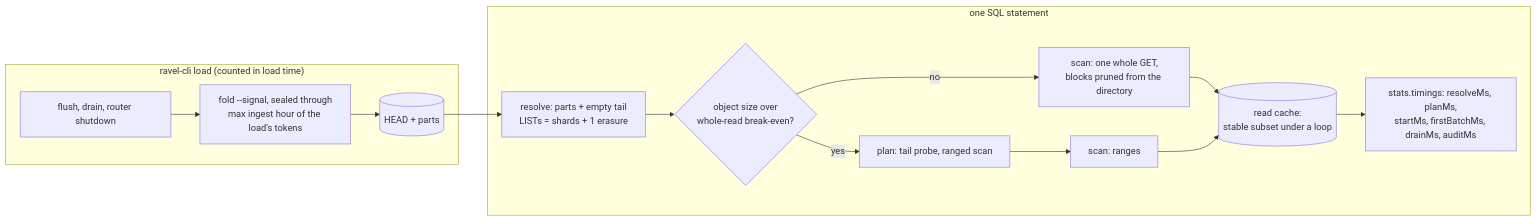
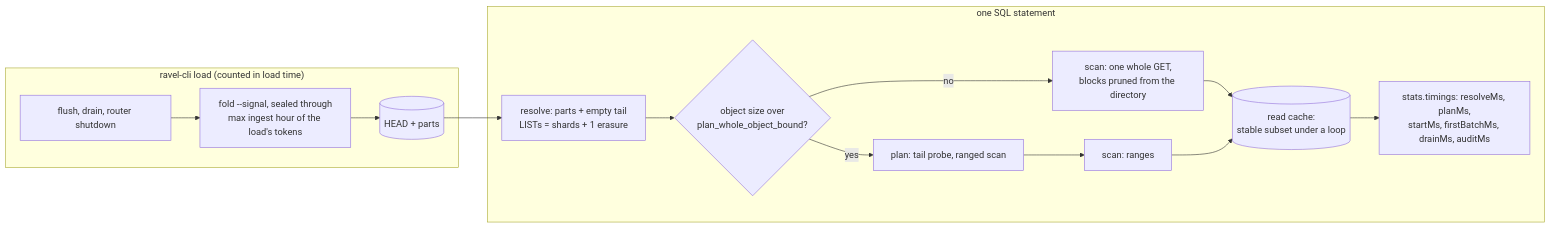
Before and after one commit to NOFireAI/ravel: the diagram in docs/adrs/2677-clickbench-floor-fetch-and-pruning.md, drawn with Mermaid. The commit also changed other lines of this file, not shown here.

````diff
--- a/docs/adrs/2677-clickbench-floor-fetch-and-pruning.md
+++ b/docs/adrs/2677-clickbench-floor-fetch-and-pruning.md
@@ -54,17 +54,17 @@
 ```mermaid
 flowchart LR
   subgraph load["ravel-cli load (counted in load time)"]
     L[flush, drain, router shutdown] --> F["fold --signal, sealed through<br/>max ingest hour of the load's tokens"]
     F --> H[(HEAD + parts)]
   end
   subgraph statement["one SQL statement"]
-    R["resolve: parts + empty tail<br/>LISTs = shards + 1 erasure"] --> P{object size over<br/>whole-read break-even?}
+    R["resolve: parts + empty tail<br/>LISTs = shards + 1 erasure"] --> P{object size over<br/>plan_whole_object_bound?}
     P -->|yes| PL[plan: tail probe, ranged scan]
     P -->|no| S1["scan: one whole GET,<br/>blocks pruned from the directory"]
     PL --> S2[scan: ranges]
     S1 --> C[(read cache:<br/>stable subset under a loop)]
     S2 --> C
     C --> T["stats.timings: resolveMs, planMs,<br/>startMs, firstBatchMs, drainMs, auditMs"]
   end
   H --> R
 ```
````
